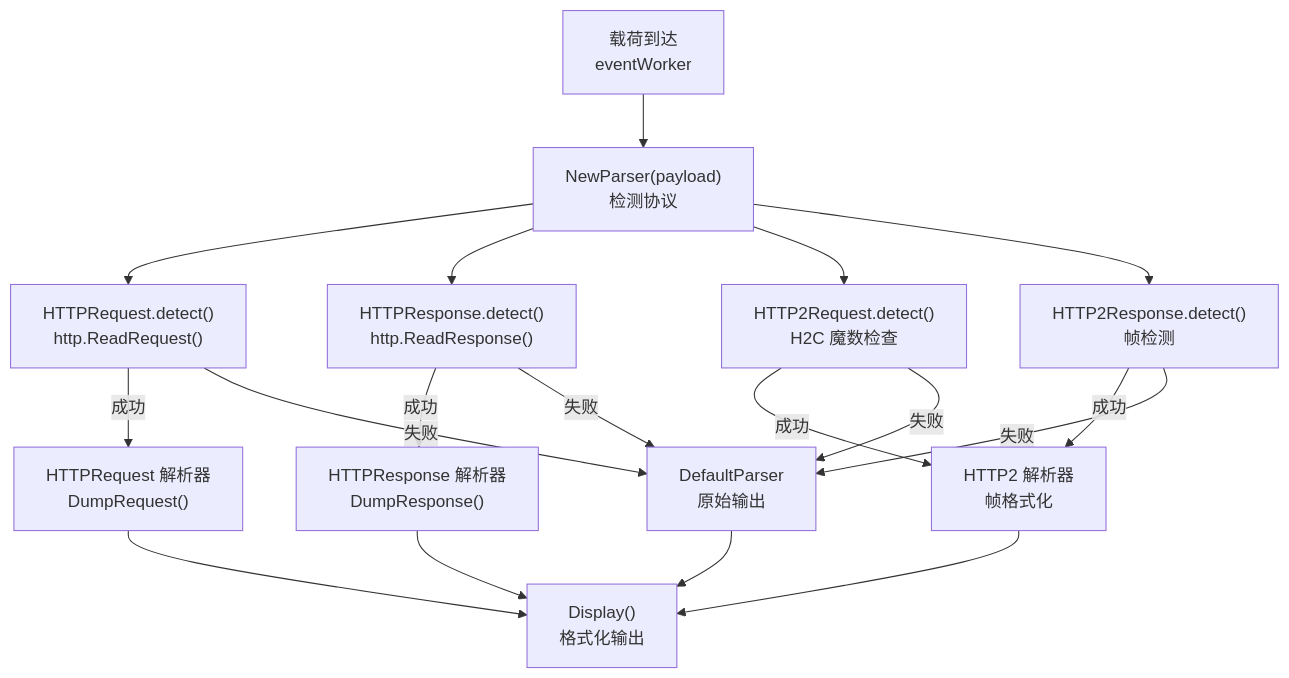
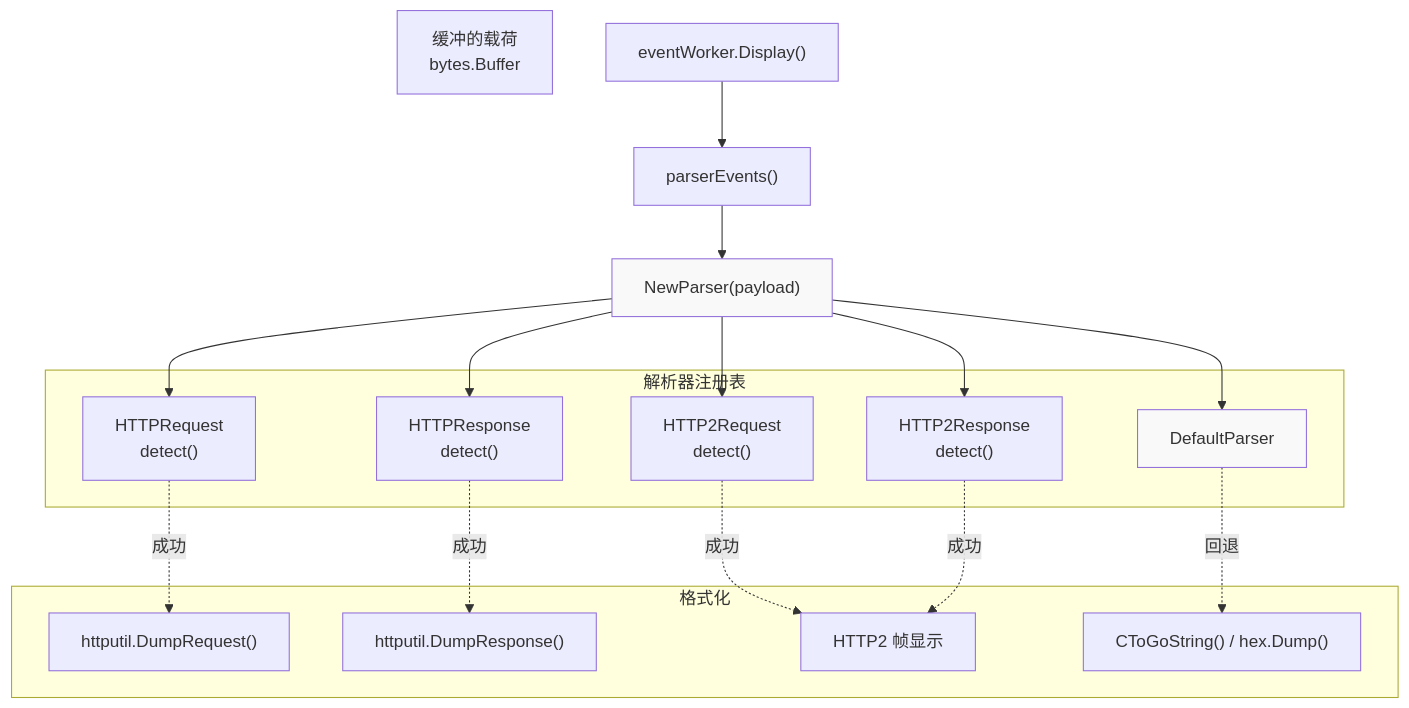
One commit to gojue/ecapture.cc changed the second of 4 diagrams in src/zh/4-output-formats/4.1-text-output-mode.md. Above: the diagram before and after it, drawn with Mermaid. The commit also changed other lines of this file and 115 other files, not shown here.

````diff
--- a/src/zh/4-output-formats/4.1-text-output-mode.md
+++ b/src/zh/4-output-formats/4.1-text-output-mode.md
@@ -211,37 +168,40 @@
 ```mermaid
-flowchart TD
-    PayloadArrival["载荷到达<br/>eventWorker"]
-    NewParser["NewParser(payload)<br/>检测协议"]
-    HTTPReqDetect["HTTPRequest.detect()<br/>http.ReadRequest()"]
-    HTTPRespDetect["HTTPResponse.detect()<br/>http.ReadResponse()"]
-    HTTP2ReqDetect["HTTP2Request.detect()<br/>H2C 魔数检查"]
-    HTTP2RespDetect["HTTP2Response.detect()<br/>帧检测"]
+graph TB
+    PAYLOAD["缓冲的载荷<br/>bytes.Buffer"]
+    DISPLAY["eventWorker.Display()"]
+    PARSEREVENTS["parserEvents()"]
+    NEWPARSER["NewParser(payload)"]
     
-    DefaultParser["DefaultParser<br/>原始输出"]
-    HTTPRequestParser["HTTPRequest 解析器<br/>DumpRequest()"]
-    HTTPResponseParser["HTTPResponse 解析器<br/>DumpResponse()"]
-    HTTP2Parser["HTTP2 解析器<br/>帧格式化"]
+    subgraph "解析器注册表"
+        HTTP_REQ["HTTPRequest<br/>detect()"]
+        HTTP_RESP["HTTPResponse<br/>detect()"]
+        HTTP2_REQ["HTTP2Request<br/>detect()"]
+        HTTP2_RESP["HTTP2Response<br/>detect()"]
+        DEFAULT["DefaultParser"]
+    end
     
-    Display["Display()<br/>格式化输出"]
+    subgraph "格式化"
+        HTTP_REQ_FMT["httputil.DumpRequest()"]
+        HTTP_RESP_FMT["httputil.DumpResponse()"]
+        HTTP2_FMT["HTTP2 帧显示"]
+        DEFAULT_FMT["CToGoString() / hex.Dump()"]
+    end
     
-    PayloadArrival --> NewParser
-    NewParser --> HTTPReqDetect
-    NewParser --> HTTPRespDetect
-    NewParser --> HTTP2ReqDetect
-    NewParser --> HTTP2RespDetect
+    DISPLAY --> PARSEREVENTS
+    PARSEREVENTS --> NEWPARSER
     
-    HTTPReqDetect -->|成功| HTTPRequestParser
-    HTTPRespDetect -->|成功| HTTPResponseParser
-    HTTP2ReqDetect -->|成功| HTTP2Parser
-    HTTP2RespDetect -->|成功| HTTP2Parser
+    NEWPARSER --> HTTP_REQ
+    NEWPARSER --> HTTP_RESP
+    NEWPARSER --> HTTP2_REQ
+    NEWPARSER --> HTTP2_RESP
+    NEWPARSER --> DEFAULT
     
-    HTTPReqDetect -->|失败| DefaultParser
-    HTTPRespDetect -->|失败| DefaultParser
-    HTTP2ReqDetect -->|失败| DefaultParser
-    HTTP2RespDetect -->|失败| DefaultParser
+    HTTP_REQ -.成功.-> HTTP_REQ_FMT
+    HTTP_RESP -.成功.-> HTTP_RESP_FMT
+    HTTP2_REQ -.成功.-> HTTP2_FMT
+    HTTP2_RESP -.成功.-> HTTP2_FMT
+    DEFAULT -.回退.-> DEFAULT_FMT
     
-    HTTPRequestParser --> Display
-    HTTPResponseParser --> Display
-    HTTP2Parser --> Display
-    DefaultParser --> Display
+    style NEWPARSER fill:#f9f9f9
+    style DEFAULT fill:#f9f9f9
 ```
````
